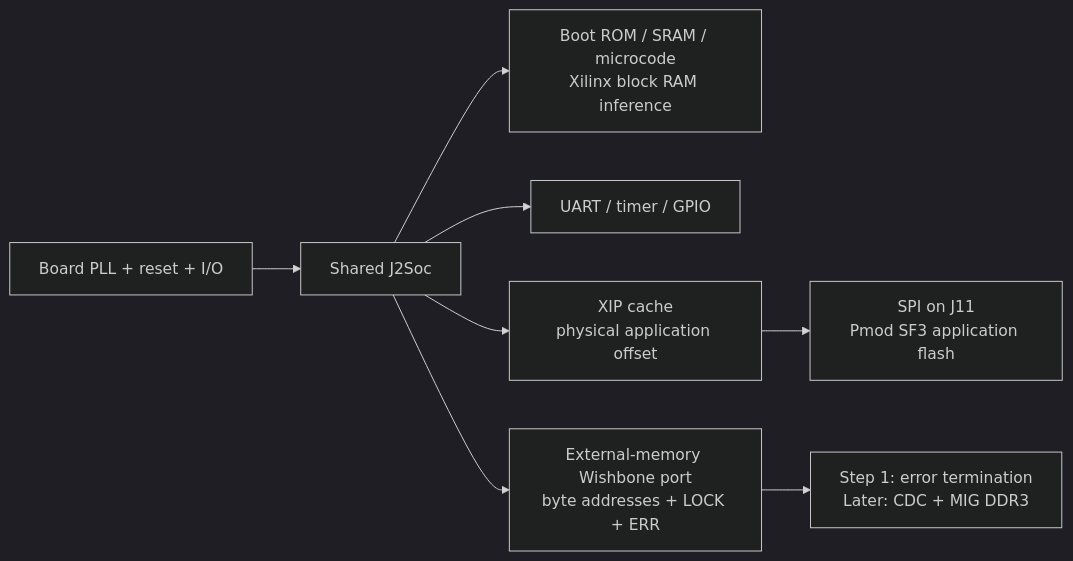
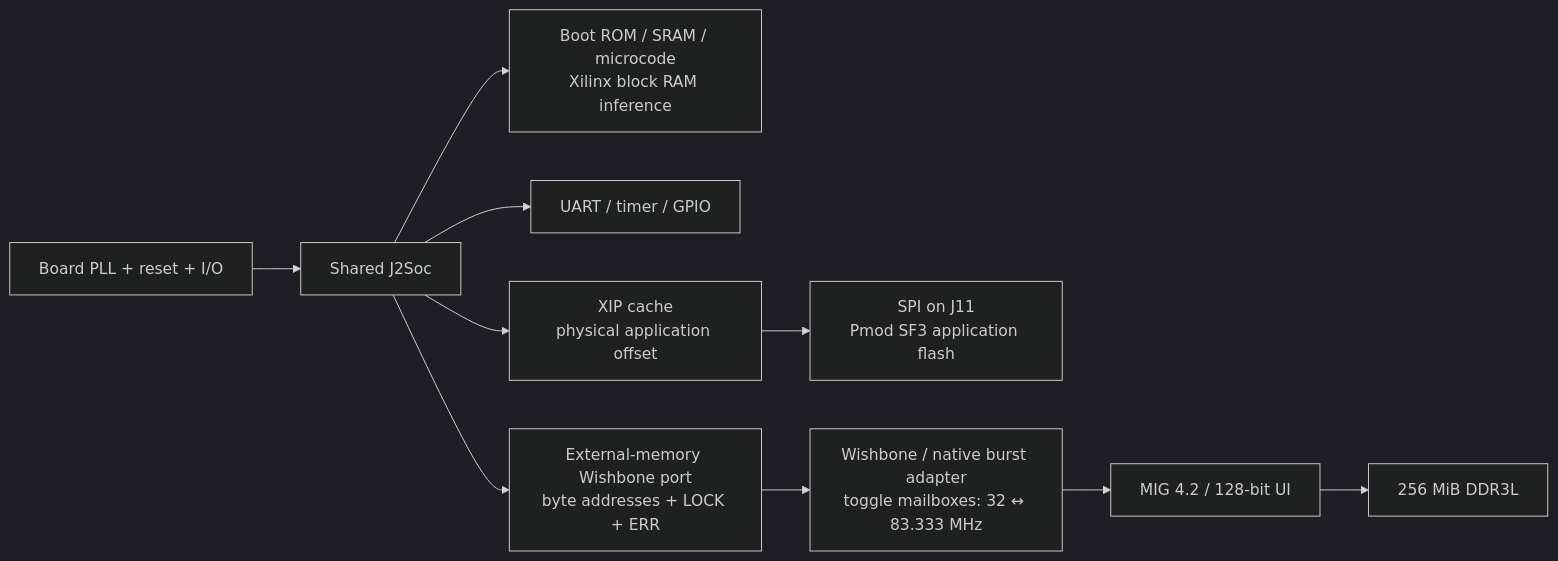
The first of 2 diagrams in docs/wukong-v1.md (PreviousVOD/VexJ2), drawn with Mermaid (dark theme) before and after one commit. The commit also changed other lines of this file and 19 other files, not shown here.

Commit message:
Integrate Wukong CPU DDR access through a Wishbone MIG bridge

````diff
--- a/docs/wukong-v1.md
+++ b/docs/wukong-v1.md
@@ -83,10 +82,12 @@
 ```mermaid
 flowchart LR
   P["Board PLL + reset + I/O"] --> S["Shared J2Soc"]
   S --> R["Boot ROM / SRAM / microcode<br/>Xilinx block RAM inference"]
   S --> U["UART / timer / GPIO"]
   S --> C["XIP cache<br/>physical application offset"]
   C --> F["SPI on J11<br/>Pmod SF3 application flash"]
   S --> B["External-memory Wishbone port<br/>byte addresses + LOCK + ERR"]
-  B --> E["Step 1: error termination<br/>Later: CDC + MIG DDR3"]
+  B --> E["Wishbone / native burst adapter<br/>toggle mailboxes: 32 ↔ 83.333 MHz"]
+  E --> M["MIG 4.2 / 128-bit UI"]
+  M --> D["256 MiB DDR3L"]
 ```
````
